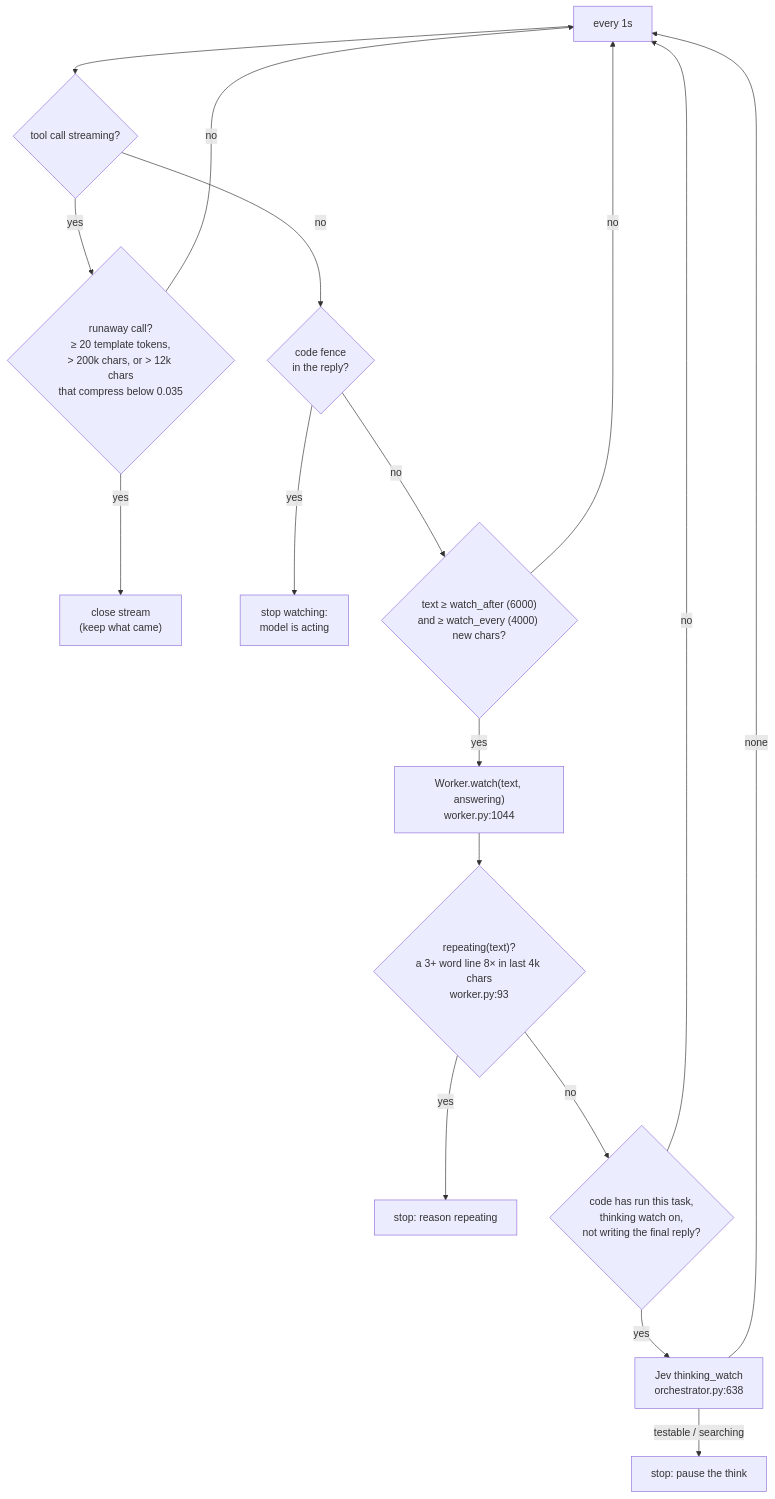
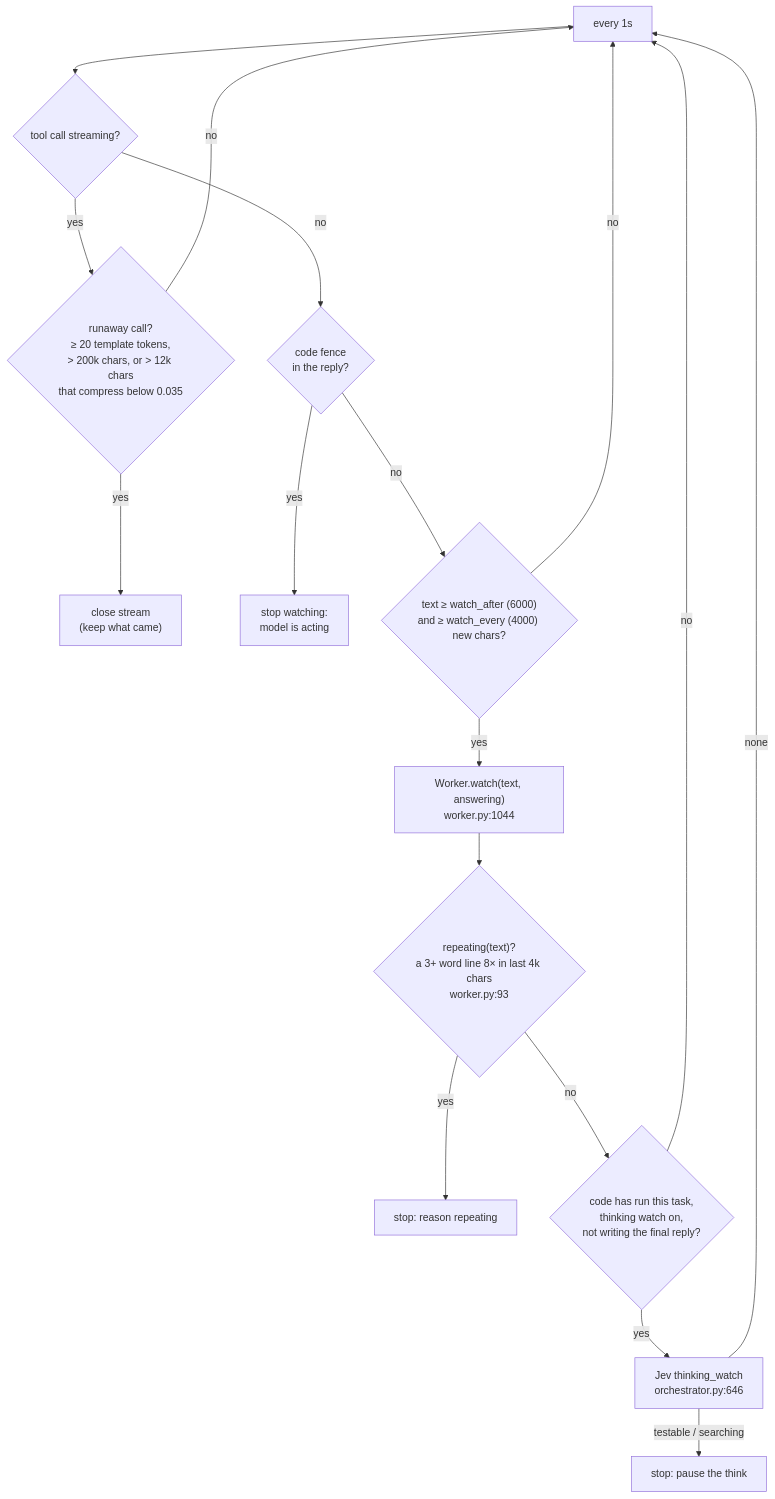
Before and after one commit to slumpsod/jev-harness: the second of 3 diagrams in docs/architecture/04-llm-streaming.md, drawn with Mermaid. The commit also changed other lines of this file and 40 other files, not shown here.

````diff
--- a/docs/architecture/04-llm-streaming.md
+++ b/docs/architecture/04-llm-streaming.md
@@ -54,19 +54,19 @@
 ```mermaid
 flowchart TD
   T["every 1s"] --> A{"tool call streaming?"}
   A -- yes --> R{"runaway call?<br/>≥ 20 template tokens,<br/>> 200k chars, or > 12k chars<br/>that compress below 0.035"}
   R -- yes --> STOP["close stream<br/>(keep what came)"]
   R -- no --> T
   A -- no --> B{"code fence<br/>in the reply?"}
   B -- yes --> END["stop watching:<br/>model is acting"]
   B -- no --> C{"text ≥ watch_after (6000)<br/>and ≥ watch_every (4000) new chars?"}
   C -- no --> T
   C -- yes --> D["Worker.watch(text, answering)<br/>worker.py:1044"]
   D --> E{"repeating(text)?<br/>a 3+ word line 8× in last 4k chars<br/>worker.py:93"}
   E -- yes --> STOP2["stop: reason repeating"]
   E -- no --> F{"code has run this task,<br/>thinking watch on,<br/>not writing the final reply?"}
   F -- no --> T
-  F -- yes --> G["Jev thinking_watch<br/>orchestrator.py:638"]
+  F -- yes --> G["Jev thinking_watch<br/>orchestrator.py:646"]
   G -- "testable / searching" --> STOP3["stop: pause the think"]
   G -- none --> T
 ```
````
